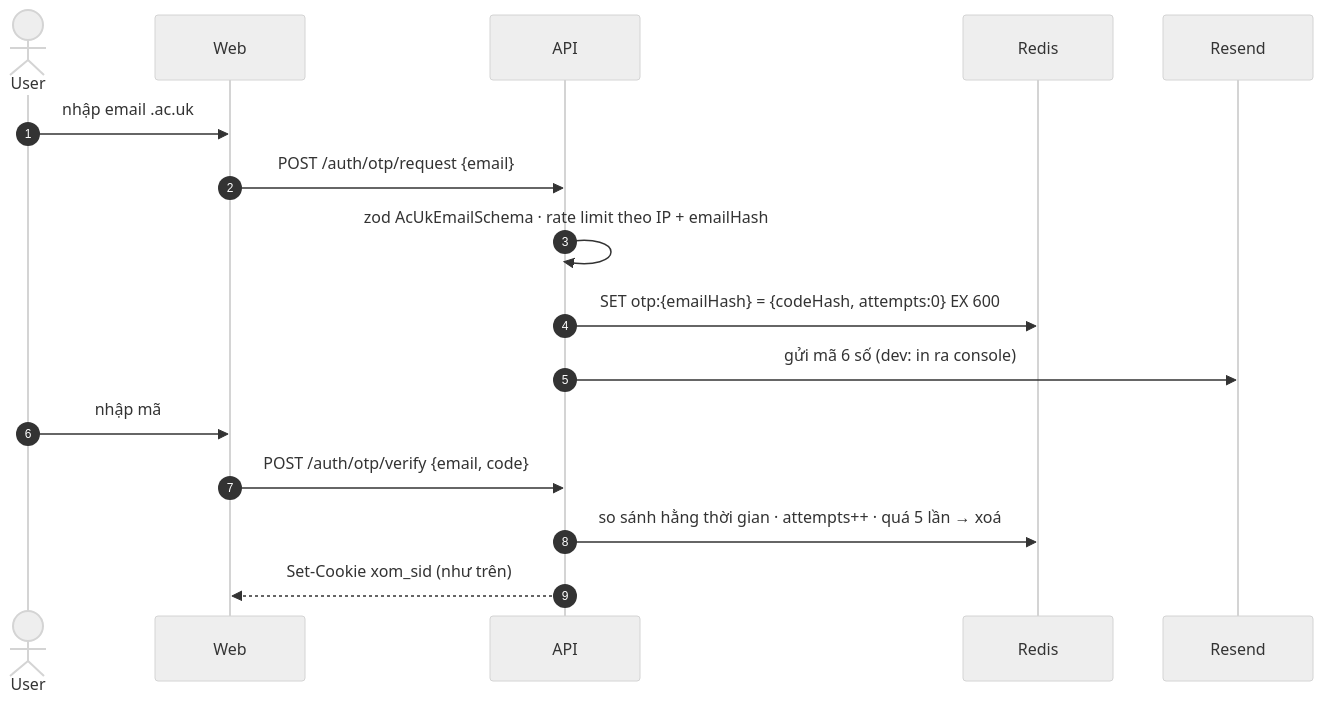
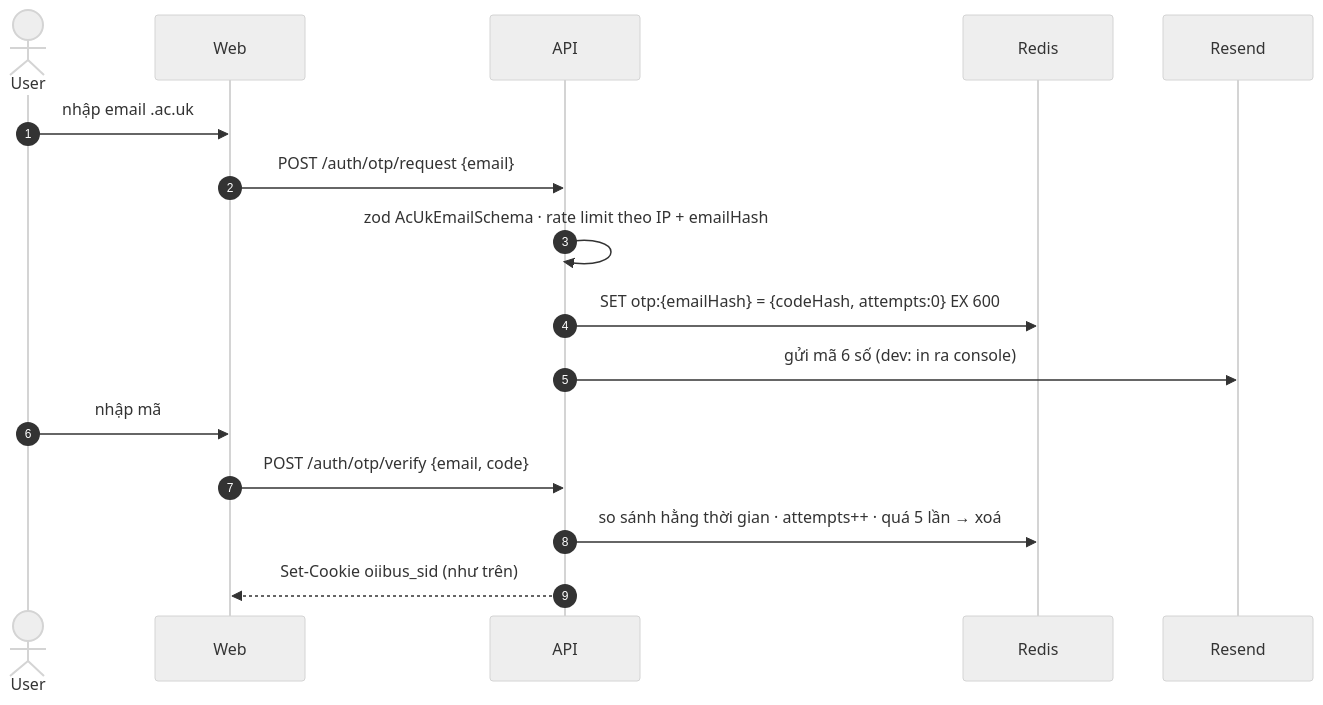
Before and after one commit to tonyfromvietnam/oii-bus: the third of 9 diagrams in docs/ARCHITECTURE.md, drawn with Mermaid (neutral theme). The commit also changed other lines of this file and 46 other files, not shown here.

````diff
--- a/docs/ARCHITECTURE.md
+++ b/docs/ARCHITECTURE.md
@@ -98,19 +98,19 @@
 ```mermaid
 sequenceDiagram
   autonumber
   actor U as User
   participant W as Web
   participant A as API
   participant R as Redis
   participant M as Resend
 
   U->>W: nhập email .ac.uk
   W->>A: POST /auth/otp/request {email}
   A->>A: zod AcUkEmailSchema · rate limit theo IP + emailHash
   A->>R: SET otp:{emailHash} = {codeHash, attempts:0} EX 600
   A->>M: gửi mã 6 số (dev: in ra console)
   U->>W: nhập mã
   W->>A: POST /auth/otp/verify {email, code}
   A->>R: so sánh hằng thời gian · attempts++ · quá 5 lần → xoá
-  A-->>W: Set-Cookie xom_sid (như trên)
+  A-->>W: Set-Cookie oiibus_sid (như trên)
 ```
````
